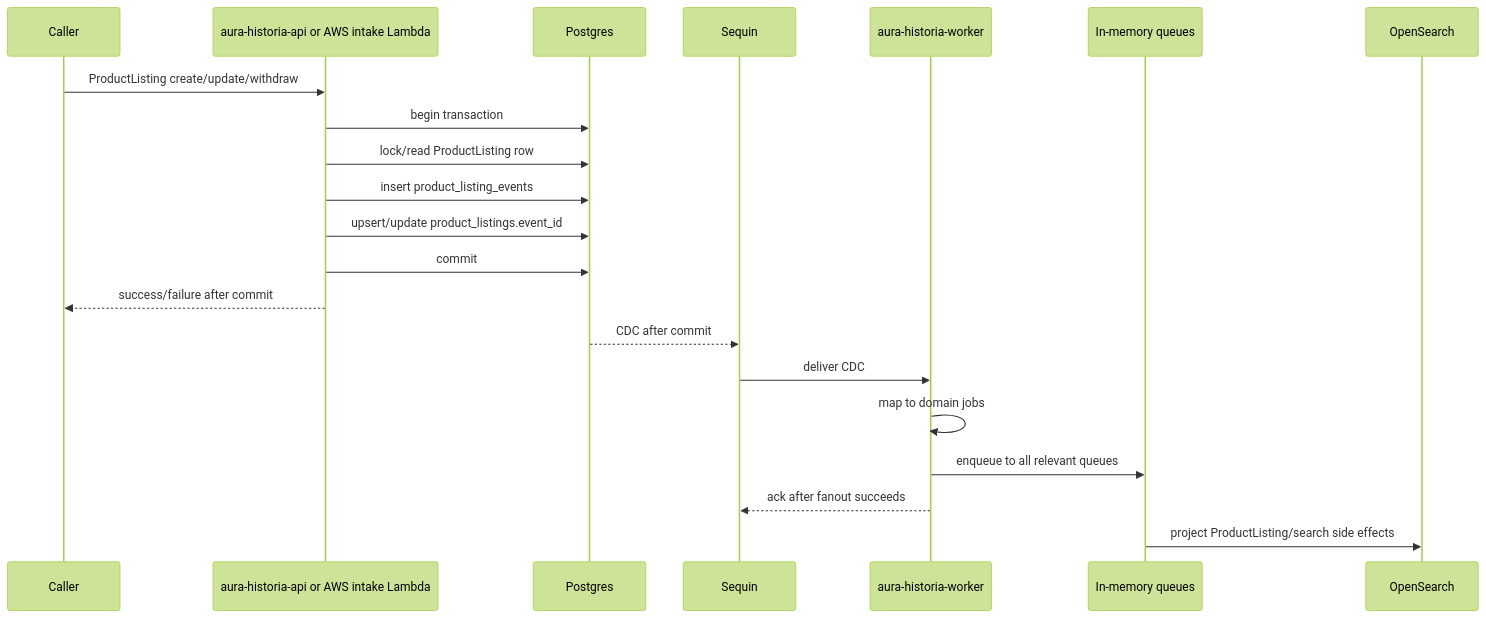
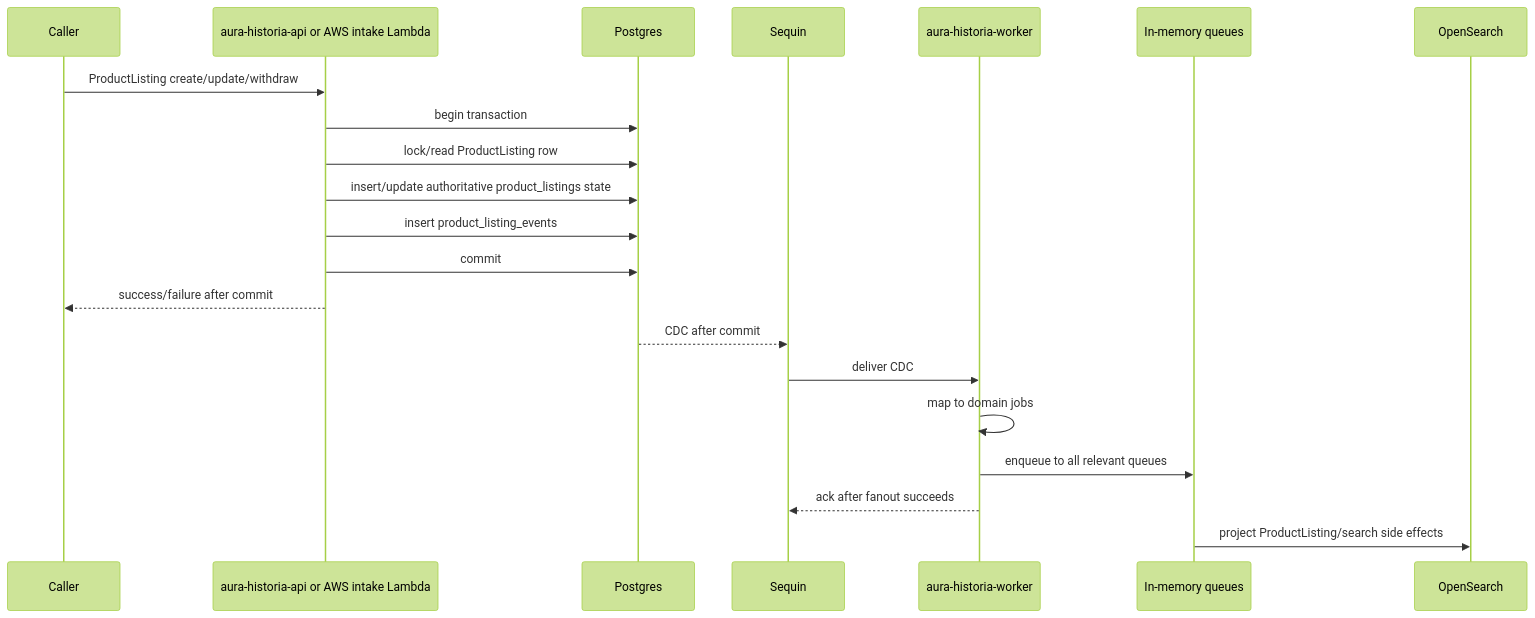
Before and after one commit to aura-historia/backend: the second of 2 diagrams in docs/events/flow.md, drawn with Mermaid (forest theme). The commit also changed other lines of this file and 124 other files, not shown here.

````diff
--- a/docs/events/flow.md
+++ b/docs/events/flow.md
@@ -72,24 +72,24 @@
 ```mermaid
 sequenceDiagram
     participant Caller
     participant API as aura-historia-api or AWS intake Lambda
     participant PG as Postgres
     participant Sequin
     participant Worker as aura-historia-worker
     participant Queue as In-memory queues
     participant OS as OpenSearch
 
     Caller->>API: ProductListing create/update/withdraw
     API->>PG: begin transaction
     API->>PG: lock/read ProductListing row
+    API->>PG: insert/update authoritative product_listings state
     API->>PG: insert product_listing_events
-    API->>PG: upsert/update product_listings.event_id
     API->>PG: commit
     API-->>Caller: success/failure after commit
     PG-->>Sequin: CDC after commit
     Sequin->>Worker: deliver CDC
     Worker->>Worker: map to domain jobs
     Worker->>Queue: enqueue to all relevant queues
     Worker-->>Sequin: ack after fanout succeeds
     Queue->>OS: project ProductListing/search side effects
 ```
````
